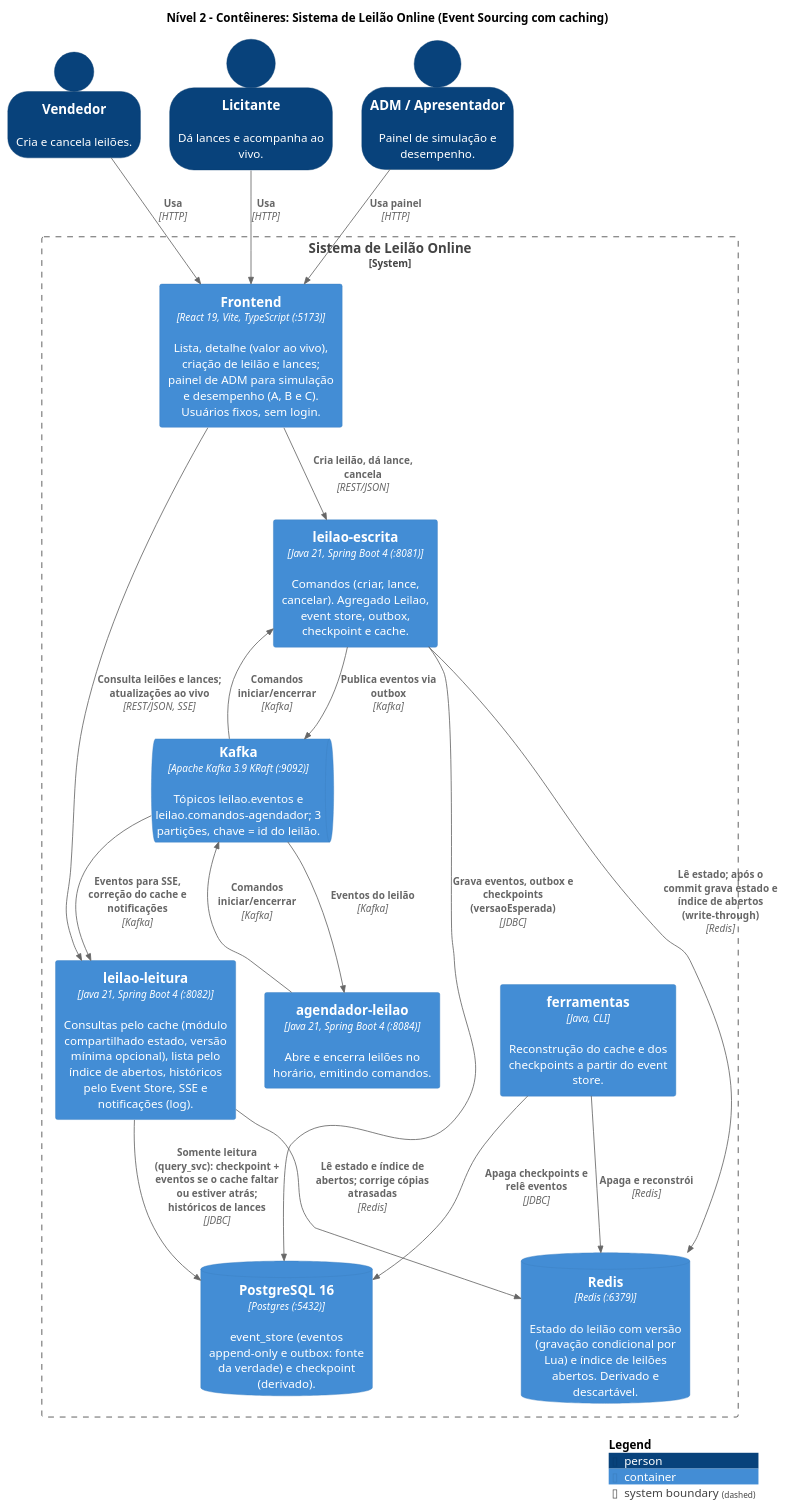
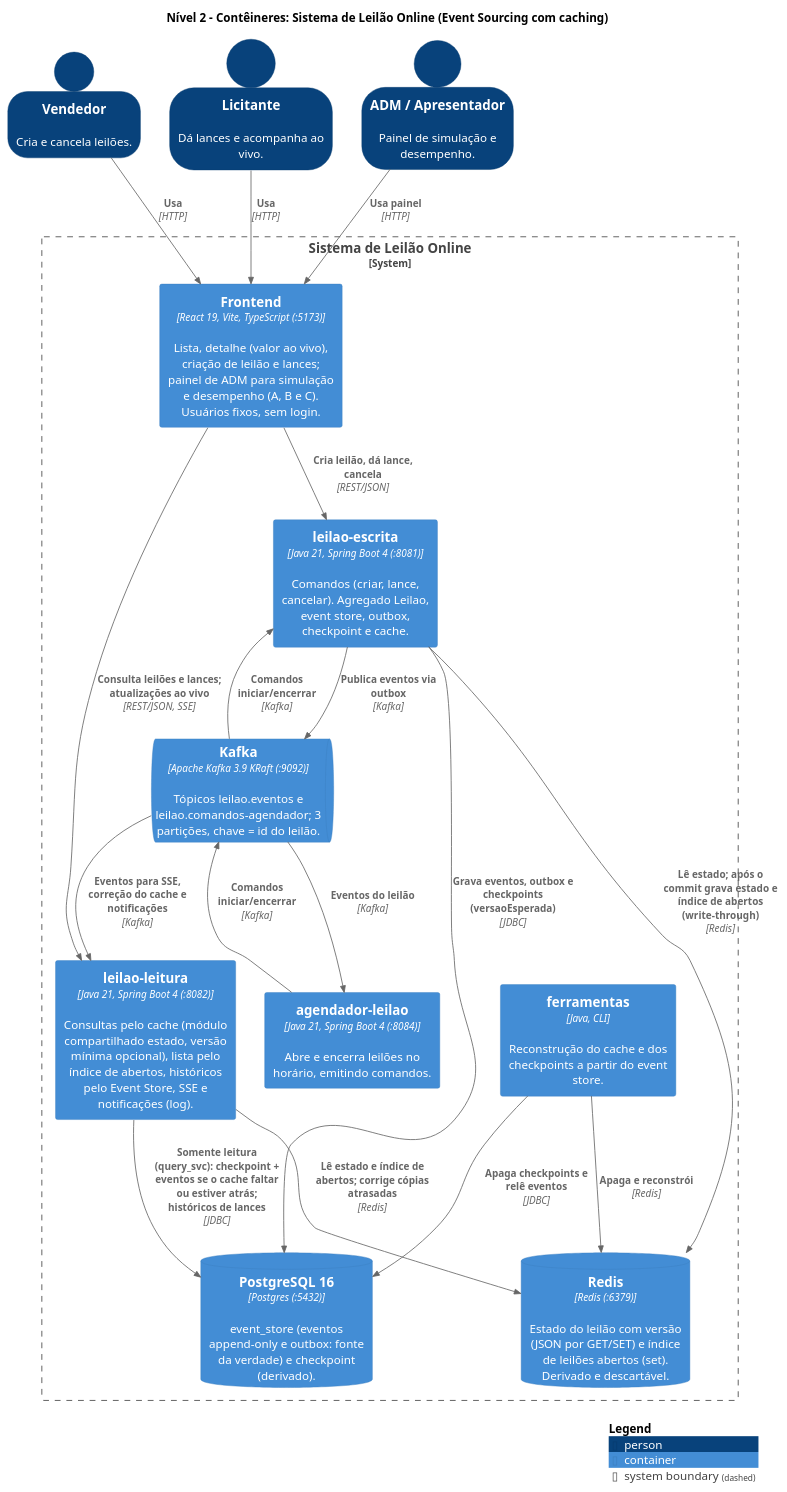
Before and after one commit to Rhuan-aa/online_auction: the diagram in docs/c4/2-conteiner/2-conteiner.puml, drawn with PlantUML. The commit also changed 6 other files, not shown here.

First line of the commit message:
refactor(estado): Redis só com comandos básicos (GET/SET/MGET e set de abertos)

```diff
--- a/docs/c4/2-conteiner/2-conteiner.puml
+++ b/docs/c4/2-conteiner/2-conteiner.puml
@@ -1,46 +1,46 @@
 @startuml 2-conteiner
 !include https://raw.githubusercontent.com/plantuml-stdlib/C4-PlantUML/master/C4_Container.puml
 
 title Nível 2 – Contêineres: Sistema de Leilão Online (Event Sourcing com caching)
 
 SHOW_PERSON_OUTLINE()
 
 Person(vendedor, "Vendedor", "Cria e cancela leilões.")
 Person(licitante, "Licitante", "Dá lances e acompanha ao vivo.")
 Person(adm, "ADM / Apresentador", "Painel de simulação e desempenho.")
 
 System_Boundary(sistema, "Sistema de Leilão Online") {
   Container(front, "Frontend", "React 19, Vite, TypeScript (:5173)","Lista, detalhe (valor ao vivo), criação de leilão e lances; painel de ADM para simulação e desempenho (A, B e C). Usuários fixos, sem login.")
   Container(escrita, "leilao-escrita", "Java 21, Spring Boot 4 (:8081)", "Comandos (criar, lance, cancelar). Agregado Leilao, event store, outbox, checkpoint e cache.")
   Container(leitura, "leilao-leitura", "Java 21, Spring Boot 4 (:8082)", "Consultas pelo cache (módulo compartilhado estado, versão mínima opcional), lista pelo índice de abertos, históricos pelo Event Store, SSE e notificações (log).")
   Container(agendador, "agendador-leilao", "Java 21, Spring Boot 4 (:8084)", "Abre e encerra leilões no horário, emitindo comandos.")
   Container(ferramentas, "ferramentas", "Java, CLI", "Reconstrução do cache e dos checkpoints a partir do event store.")
   ContainerDb(postgres, "PostgreSQL 16", "Postgres (:5432)", "event_store (eventos append-only e outbox: fonte da verdade) e checkpoint (derivado).")
-  ContainerDb(redis, "Redis", "Redis (:6379)", "Estado do leilão com versão (gravação condicional por Lua) e índice de leilões abertos. Derivado e descartável.")
+  ContainerDb(redis, "Redis", "Redis (:6379)", "Estado do leilão com versão (JSON por GET/SET) e índice de leilões abertos (set). Derivado e descartável.")
   ContainerQueue(kafka, "Kafka", "Apache Kafka 3.9 KRaft (:9092)", "Tópicos leilao.eventos e leilao.comandos-agendador; 3 partições, chave = id do leilão.")
 }
 
 Rel(vendedor, front, "Usa", "HTTP")
 Rel(licitante, front, "Usa", "HTTP")
 Rel(adm, front, "Usa painel", "HTTP")
 
 Rel(front, escrita, "Cria leilão, dá lance, cancela", "REST/JSON")
 Rel(front, leitura, "Consulta leilões e lances; atualizações ao vivo", "REST/JSON, SSE")
 
 Rel(escrita, postgres, "Grava eventos, outbox e checkpoints (versaoEsperada)", "JDBC")
 Rel(escrita, redis, "Lê estado; após o commit grava estado e índice de abertos (write-through)", "Redis")
 Rel(escrita, kafka, "Publica eventos via outbox", "Kafka")
 Rel(kafka, escrita, "Comandos iniciar/encerrar", "Kafka")
 
 Rel(kafka, agendador, "Eventos do leilão", "Kafka")
 Rel(agendador, kafka, "Comandos iniciar/encerrar", "Kafka")
 
 Rel(kafka, leitura, "Eventos para SSE, correção do cache e notificações", "Kafka")
 Rel(leitura, redis, "Lê estado e índice de abertos; corrige cópias atrasadas", "Redis")
 Rel(leitura, postgres, "Somente leitura (query_svc): checkpoint + eventos se o cache faltar ou estiver atrás; históricos de lances", "JDBC")
 
 Rel(ferramentas, redis, "Apaga e reconstrói", "Redis")
 Rel(ferramentas, postgres, "Apaga checkpoints e relê eventos", "JDBC")
 
 SHOW_LEGEND()
 @enduml
```
